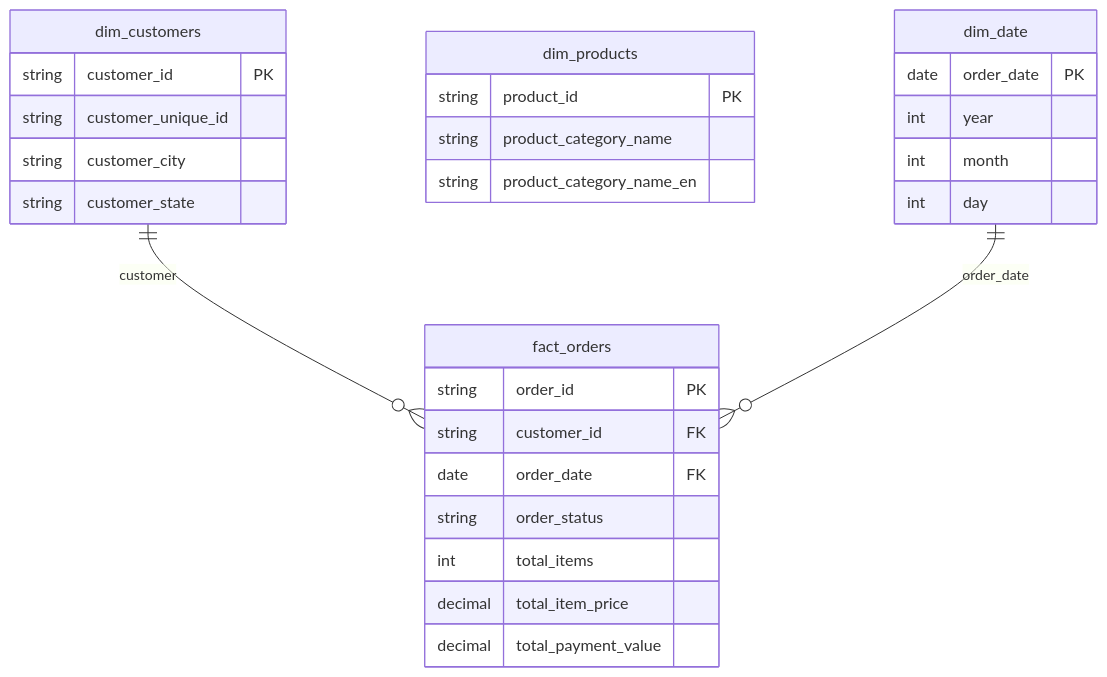
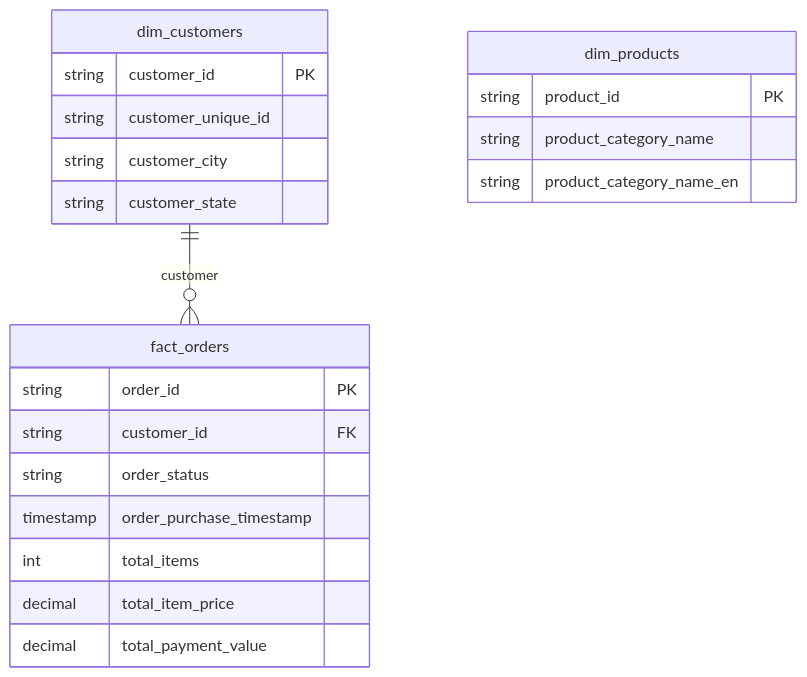
One commit to yourvaiqbal/ecommerce-sql-analysis changed the first of 2 diagrams in README.md. Above: the diagram before and after it, drawn with Mermaid. The commit also changed other lines of this file, not shown here.

````diff
--- a/README.md
+++ b/README.md
@@ -135,36 +85,28 @@
 ```mermaid
 erDiagram
 
     dim_customers {
         string customer_id PK
         string customer_unique_id
         string customer_city
         string customer_state
     }
 
     dim_products {
         string product_id PK
         string product_category_name
         string product_category_name_en
     }
 
-    dim_date {
-        date order_date PK
-        int year
-        int month
-        int day
-    }
-
     fact_orders {
         string order_id PK
         string customer_id FK
-        date order_date FK
         string order_status
+        timestamp order_purchase_timestamp
         int total_items
         decimal total_item_price
         decimal total_payment_value
     }
 
     dim_customers ||--o{ fact_orders : customer
-    dim_date ||--o{ fact_orders : order_date
 ```
````
